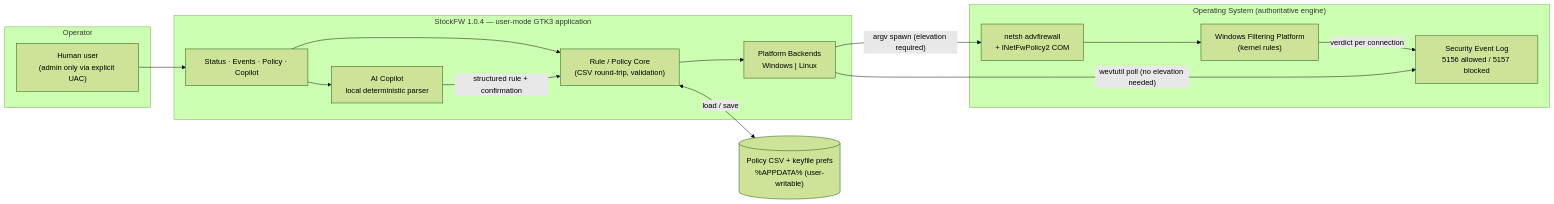
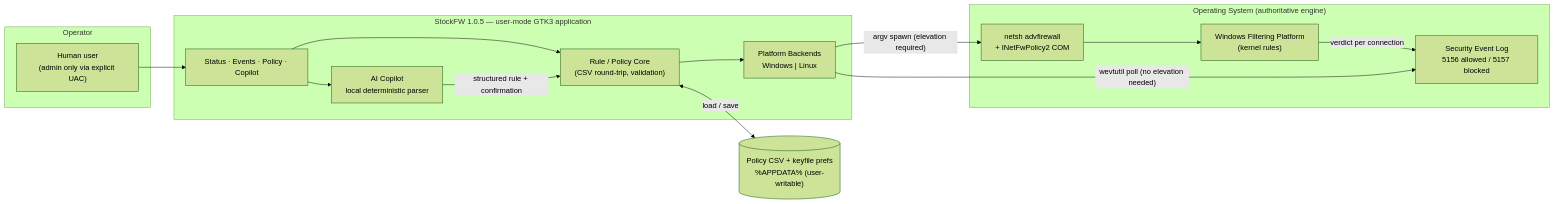
The first of 8 diagrams in docs/ARCHITECTURE-AND-SECURITY.md (Cazo-Net/StockFW), drawn with Mermaid (forest theme) before and after one commit. The commit also changed other lines of this file and 19 other files, not shown here.

````diff
--- a/docs/ARCHITECTURE-AND-SECURITY.md
+++ b/docs/ARCHITECTURE-AND-SECURITY.md
@@ -97,32 +99,32 @@
 ```mermaid
 flowchart LR
     subgraph Operator["Operator"]
         U["Human user<br/>(admin only via explicit UAC)"]
     end
 
-    subgraph App["StockFW 1.0.4 — user-mode GTK3 application"]
+    subgraph App["StockFW 1.0.5 — user-mode GTK3 application"]
         UI["Status · Events · Policy · Copilot"]
         CORE["Rule / Policy Core<br/>(CSV round-trip, validation)"]
         BACK["Platform Backends<br/>Windows | Linux"]
         COPILOT["AI Copilot<br/>local deterministic parser"]
     end
 
     subgraph OS["Operating System (authoritative engine)"]
         NETSH["netsh advfirewall<br/>+ INetFwPolicy2 COM"]
         WFP["Windows Filtering Platform<br/>(kernel rules)"]
         LOG["Security Event Log<br/>5156 allowed / 5157 blocked"]
     end
 
     STORE[("Policy CSV + keyfile prefs<br/>%APPDATA% (user-writable)")]
 
     U --> UI
     UI --> CORE
     UI --> COPILOT
     COPILOT -->|structured rule + confirmation| CORE
     CORE --> BACK
     BACK -->|"argv spawn (elevation required)"| NETSH
     NETSH --> WFP
     WFP -->|verdict per connection| LOG
     BACK -->|"wevtutil poll (no elevation needed)"| LOG
     CORE <-->|load / save| STORE
 ```
````
